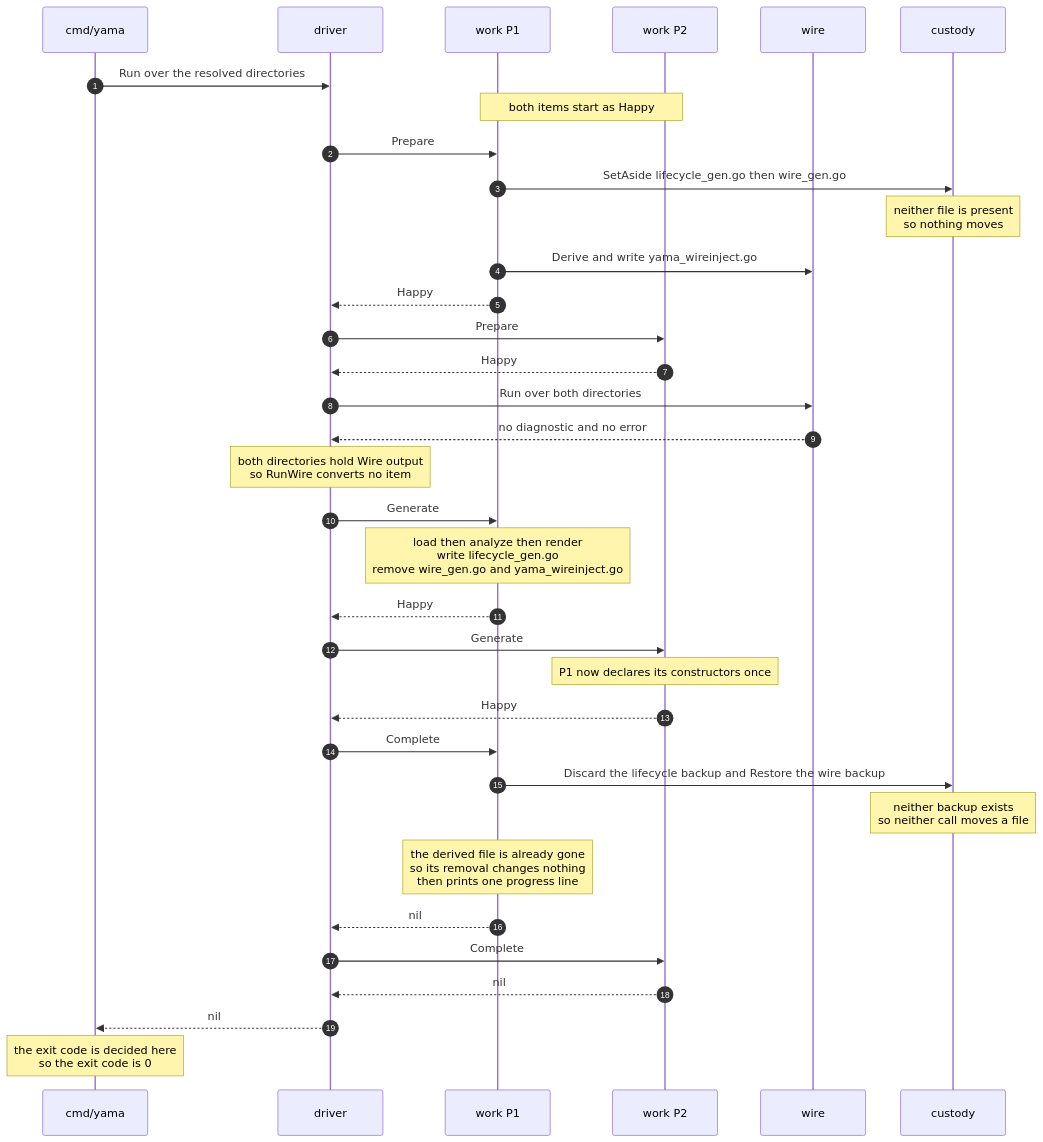
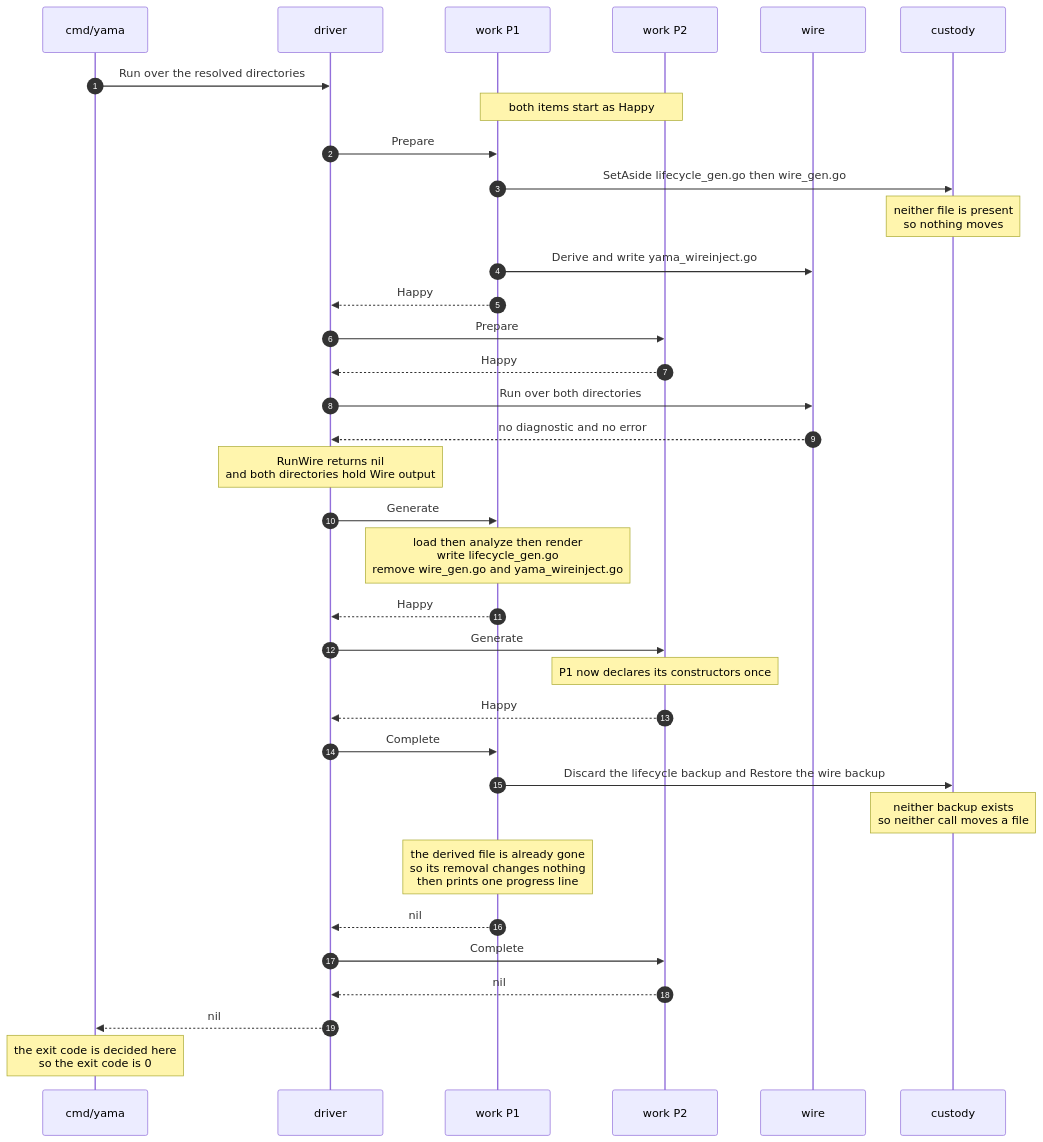
Before and after one commit to livetribe/yama: the second of 7 diagrams in docs/generator-architecture.md, drawn with Mermaid. The commit also changed other lines of this file and 66 other files, not shown here.

````diff
--- a/docs/generator-architecture.md
+++ b/docs/generator-architecture.md
@@ -349,38 +364,38 @@
 ```mermaid
 sequenceDiagram
     autonumber
     participant CMD as cmd/yama
     participant DRV as driver
     participant W1 as work P1
     participant W2 as work P2
     participant WIR as wire
     participant CUS as custody
 
     CMD->>DRV: Run over the resolved directories
     Note over W1,W2: both items start as Happy
     DRV->>W1: Prepare
     W1->>CUS: SetAside lifecycle_gen.go then wire_gen.go
     Note over CUS: neither file is present<br/>so nothing moves
     W1->>WIR: Derive and write yama_wireinject.go
     W1-->>DRV: Happy
     DRV->>W2: Prepare
     W2-->>DRV: Happy
     DRV->>WIR: Run over both directories
     WIR-->>DRV: no diagnostic and no error
-    Note over DRV: both directories hold Wire output<br/>so RunWire converts no item
+    Note over DRV: RunWire returns nil<br/>and both directories hold Wire output
     DRV->>W1: Generate
     Note over W1: load then analyze then render<br/>write lifecycle_gen.go<br/>remove wire_gen.go and yama_wireinject.go
     W1-->>DRV: Happy
     DRV->>W2: Generate
     Note over W2: P1 now declares its constructors once
     W2-->>DRV: Happy
     DRV->>W1: Complete
     W1->>CUS: Discard the lifecycle backup and Restore the wire backup
     Note over CUS: neither backup exists<br/>so neither call moves a file
     Note over W1: the derived file is already gone<br/>so its removal changes nothing<br/>then prints one progress line
     W1-->>DRV: nil
     DRV->>W2: Complete
     W2-->>DRV: nil
     DRV-->>CMD: nil
     Note over CMD: the exit code is decided here<br/>so the exit code is 0
 ```
````
